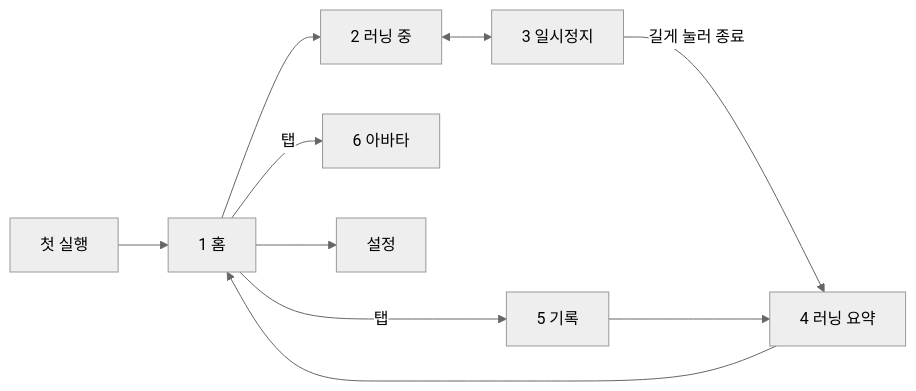
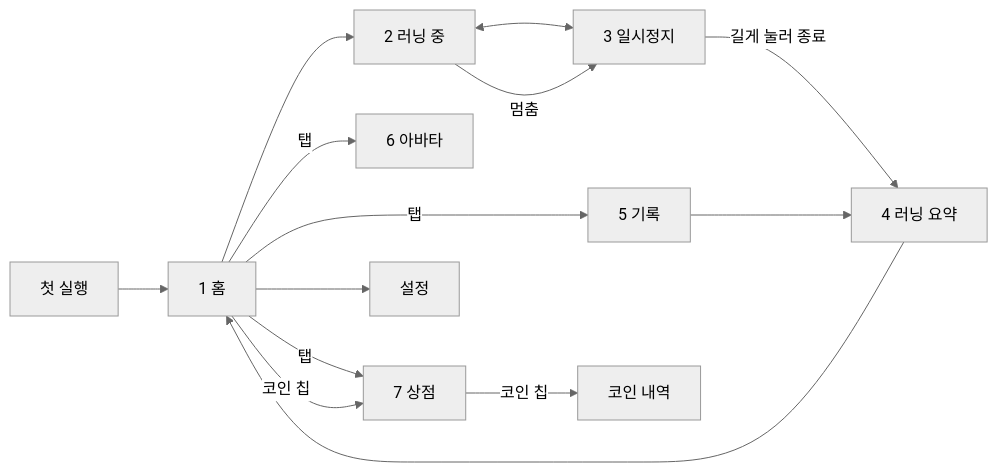
The diagram in docs/screens.md (dhkim1522/runmagochi), drawn with Mermaid (neutral theme) before and after one commit. The commit also changed other lines of this file and 5 other files, not shown here.

````diff
--- a/docs/screens.md
+++ b/docs/screens.md
@@ -28,12 +30,16 @@
 ```mermaid
 flowchart LR
     Onboard["첫 실행"] --> Home["1 홈"]
     Home --> InRun["2 러닝 중"]
     InRun <--> Paused["3 일시정지"]
+    InRun -- "멈춤" --> Paused
     Paused -- "길게 눌러 종료" --> Summary["4 러닝 요약"]
     Summary --> Home
     Home -- "탭" --> Activity["5 기록"]
     Home -- "탭" --> Avatar["6 아바타"]
+    Home -- "탭" --> Shop["7 상점"]
+    Home -- "코인 칩" --> Shop
+    Shop -- "코인 칩" --> Coins["코인 내역"]
     Home --> Settings["설정"]
     Activity --> Summary
 ```
````
